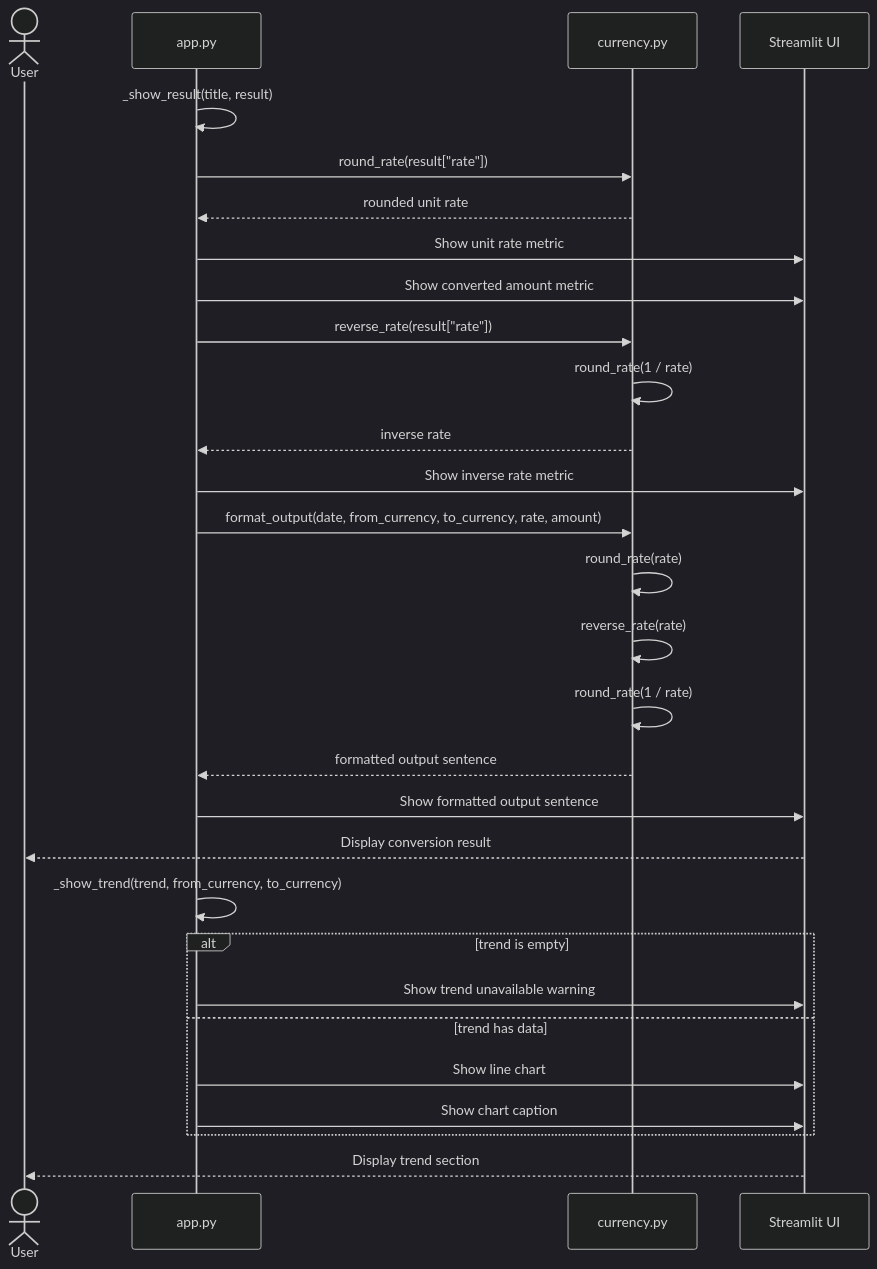
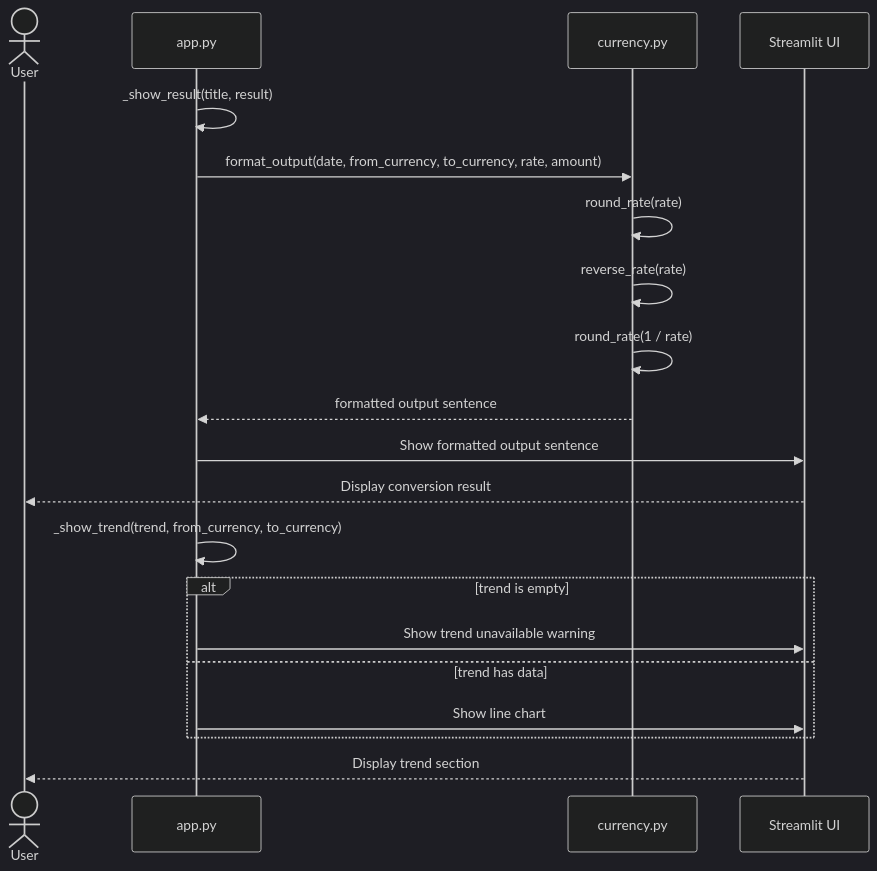
Before and after one commit to RP28/DSP_AT2_26294153: the fourth of 4 diagrams in README.md, drawn with Mermaid (dark theme). The commit also changed other lines of this file and 1 other file, not shown here.

````diff
--- a/README.md
+++ b/README.md
@@ -177,33 +177,24 @@
 ```mermaid
 sequenceDiagram
     actor User
     participant App as app.py
     participant C as currency.py
     participant St as Streamlit UI
 
     App->>App: _show_result(title, result)
-    App->>C: round_rate(result["rate"])
-    C-->>App: rounded unit rate
-    App->>St: Show unit rate metric
-    App->>St: Show converted amount metric
-    App->>C: reverse_rate(result["rate"])
-    C->>C: round_rate(1 / rate)
-    C-->>App: inverse rate
-    App->>St: Show inverse rate metric
     App->>C: format_output(date, from_currency, to_currency, rate, amount)
     C->>C: round_rate(rate)
     C->>C: reverse_rate(rate)
     C->>C: round_rate(1 / rate)
     C-->>App: formatted output sentence
     App->>St: Show formatted output sentence
     St-->>User: Display conversion result
 
     App->>App: _show_trend(trend, from_currency, to_currency)
     alt trend is empty
         App->>St: Show trend unavailable warning
     else trend has data
         App->>St: Show line chart
-        App->>St: Show chart caption
     end
     St-->>User: Display trend section
 ```
````
